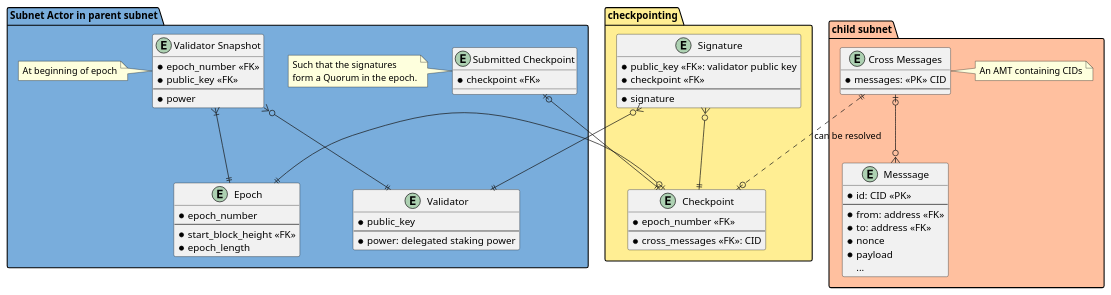
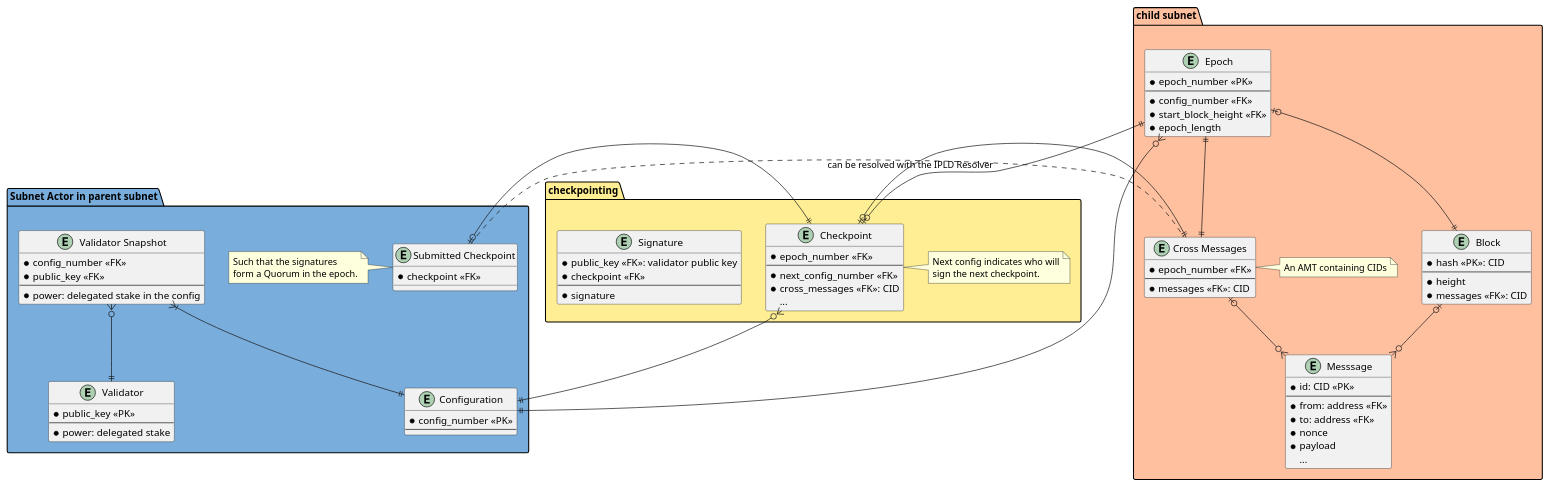
One commit to consensus-shipyard/ipc-libs changed the diagram in docs/diagrams/checkpoint_schema.puml. Above: the diagram before and after it, drawn with PlantUML. The commit also changed 2 other files, not shown here.

Commit message:
IPC-69: Change the checkpoint schema to have configurations.

```diff
--- a/docs/diagrams/checkpoint_schema.puml
+++ b/docs/diagrams/checkpoint_schema.puml
@@ -2,84 +2,108 @@
 @startuml Checkpointing Schema
 
 package "Subnet Actor in parent subnet" #79ADDC {
   entity "Validator" as validator {
-    * public_key
+    * public_key <<PK>>
     --
-    * power: delegated staking power
+    * power: delegated stake
   }
 
-  entity "Epoch" as epoch {
-    * epoch_number
+  entity "Configuration" as config {
+    * config_number <<PK>>
     --
-    * start_block_height <<FK>>
-    * epoch_length
   }
 
   entity "Validator Snapshot" as validator_snapshot {
-    * epoch_number <<FK>>
+    * config_number <<FK>>
     * public_key <<FK>>
     --
-    * power
+    * power: delegated stake in the config
   }
-  note left
-    At beginning of epoch
-  end note
 
   entity "Submitted Checkpoint" as submit_ckpt {
     * checkpoint <<FK>>
   }
   note left
     Such that the signatures
     form a Quorum in the epoch.
   end note
 }
 
 package "checkpointing" #FFEE93 {
   entity "Checkpoint" as ckpt {
     * epoch_number <<FK>>
     --
+    * next_config_number <<FK>>
     * cross_messages <<FK>>: CID
+    ...
   }
+  note right
+  Next config indicates who will
+  sign the next checkpoint.
+  end note
 
   entity "Signature" as sig {
     * public_key <<FK>>: validator public key
     * checkpoint <<FK>>
     --
     * signature
   }
 }
 
 
 package "child subnet" #FFC09F {
+  entity "Epoch" as epoch {
+    * epoch_number <<PK>>
+    --
+    * config_number <<FK>>
+    * start_block_height <<FK>>
+    * epoch_length
+  }
+
   entity "Cross Messages" as cross_msgs {
-    * messages: <<PK>> CID
+    * epoch_number <<FK>>
     --
+    * messages <<FK>>: CID
   }
   note right
     An AMT containing CIDs
   end note
 
   entity "Messsage" as msg {
     * id: CID <<PK>>
     --
     * from: address <<FK>>
     * to: address <<FK>>
     * nonce
     * payload
     ...
   }
+
+  entity "Block" as block {
+    * hash <<PK>>: CID
+    --
+    * height
+    * messages <<FK>>: CID
+  }
 }
 
-validator_snapshot }|--|| epoch
+block |o--o{ msg
+
+validator_snapshot }|--|| config
 validator_snapshot }o--|| validator
 
-ckpt |o--|| epoch
-submit_ckpt |o--|| ckpt
+epoch }o--|| config
+epoch |o--|| block
+epoch ||--|| cross_msgs
+epoch ||--o| ckpt
 
-sig }o--|| validator
-sig }o--|| ckpt
+ckpt }o--|| config
+ckpt ||--o| submit_ckpt
 
 cross_msgs |o--o{ msg
-cross_msgs ||..o| ckpt : can be resolved
+cross_msgs ||--o| ckpt
+
+submit_ckpt .. cross_msgs : can be resolved with the IPLD Resolver
+
 
 @enduml
```
